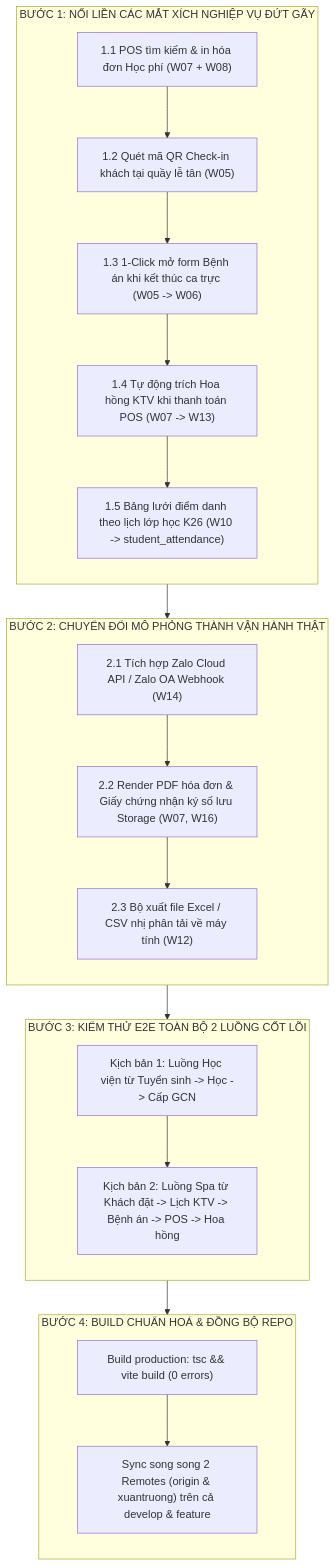
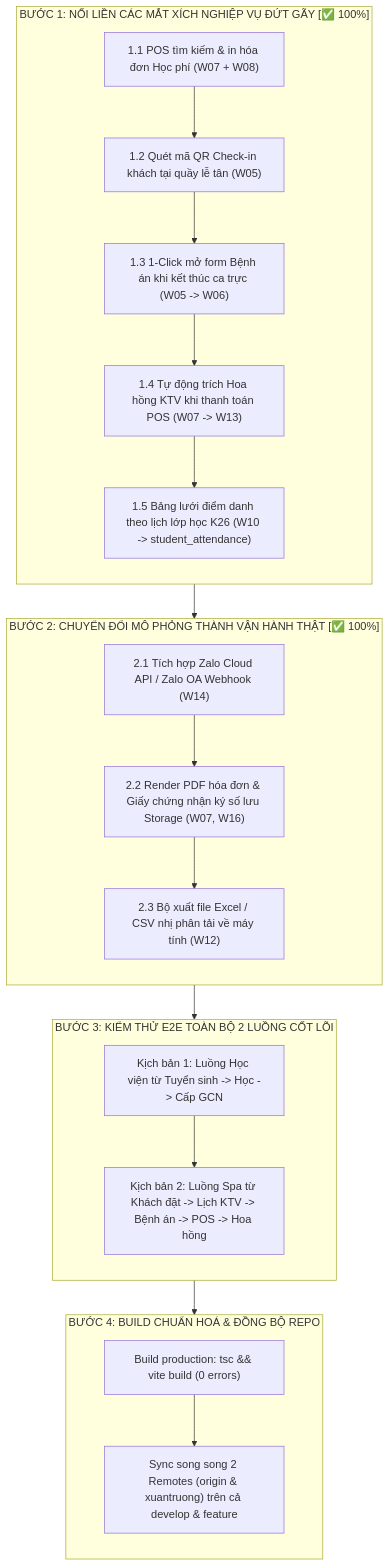
Before and after one commit to TheHonnn/MLD_VietNam: the diagram in docs/KE_HOACH_HANH_DONG_HOAN_THIEN_ADMIN_MLD.md, drawn with Mermaid. The commit also changed other lines of this file, not shown here.

````diff
--- a/docs/KE_HOACH_HANH_DONG_HOAN_THIEN_ADMIN_MLD.md
+++ b/docs/KE_HOACH_HANH_DONG_HOAN_THIEN_ADMIN_MLD.md
@@ -23,36 +23,36 @@
 ```mermaid
 flowchart TD
-    subgraph S1["BƯỚC 1: NỐI LIỀN CÁC MẮT XÍCH NGHIỆP VỤ ĐỨT GÃY"]
+    subgraph S1["BƯỚC 1: NỐI LIỀN CÁC MẮT XÍCH NGHIỆP VỤ ĐỨT GÃY [✅ 100%]"]
         direction TB
         B1["1.1 POS tìm kiếm & in hóa đơn Học phí (W07 + W08)"]
         B2["1.2 Quét mã QR Check-in khách tại quầy lễ tân (W05)"]
         B3["1.3 1-Click mở form Bệnh án khi kết thúc ca trực (W05 -> W06)"]
         B4["1.4 Tự động trích Hoa hồng KTV khi thanh toán POS (W07 -> W13)"]
         B5["1.5 Bảng lưới điểm danh theo lịch lớp học K26 (W10 -> student_attendance)"]
         B1 --> B2 --> B3 --> B4 --> B5
     end
 
-    subgraph S2["BƯỚC 2: CHUYỂN ĐỔI MÔ PHỎNG THÀNH VẬN HÀNH THẬT"]
+    subgraph S2["BƯỚC 2: CHUYỂN ĐỔI MÔ PHỎNG THÀNH VẬN HÀNH THẬT [✅ 100%]"]
         direction TB
         M1["2.1 Tích hợp Zalo Cloud API / Zalo OA Webhook (W14)"]
         M2["2.2 Render PDF hóa đơn & Giấy chứng nhận ký số lưu Storage (W07, W16)"]
         M3["2.3 Bộ xuất file Excel / CSV nhị phân tải về máy tính (W12)"]
         M1 --> M2 --> M3
     end
 
     subgraph S3["BƯỚC 3: KIỂM THỬ E2E TOÀN BỘ 2 LUỒNG CỐT LÕI"]
         direction TB
         T1["Kịch bản 1: Luồng Học viện từ Tuyển sinh -> Học -> Cấp GCN"]
         T2["Kịch bản 2: Luồng Spa từ Khách đặt -> Lịch KTV -> Bệnh án -> POS -> Hoa hồng"]
         T1 --> T2
     end
 
     subgraph S4["BƯỚC 4: BUILD CHUẨN HOÁ & ĐỒNG BỘ REPO"]
         direction TB
         D1["Build production: tsc && vite build (0 errors)"]
         D2["Sync song song 2 Remotes (origin & xuantruong) trên cả develop & feature"]
         D1 --> D2
     end
 
     S1 --> S2 --> S3 --> S4
 ```
````
